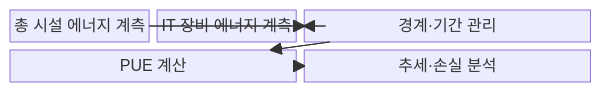
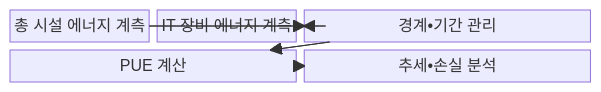
The first of 2 diagrams in src/content/docs/notes/06-evaluation/039_pue_power_usage_effectiveness.md (agnusdei1207/knowledge-base), drawn with Mermaid before and after one commit. The commit also changed other lines of this file and 953 other files, not shown here.

````diff
--- a/src/content/docs/notes/06-evaluation/039_pue_power_usage_effectiveness.md
+++ b/src/content/docs/notes/06-evaluation/039_pue_power_usage_effectiveness.md
@@ -67,15 +67,15 @@
 ```mermaid
 block-beta
     columns 3
     F["총 시설 에너지 계측"] I["IT 장비 에너지 계측"]
-    B["경계·기간 관리"]:2
+    B["경계•기간 관리"]:2
     P["PUE 계산"]:2
-    A["추세·손실 분석"]:2
+    A["추세•손실 분석"]:2
     F --> B
     I --> B
     B --> P
     P --> A
   F --- B
   B --- P
   P --- A
 ```
````
